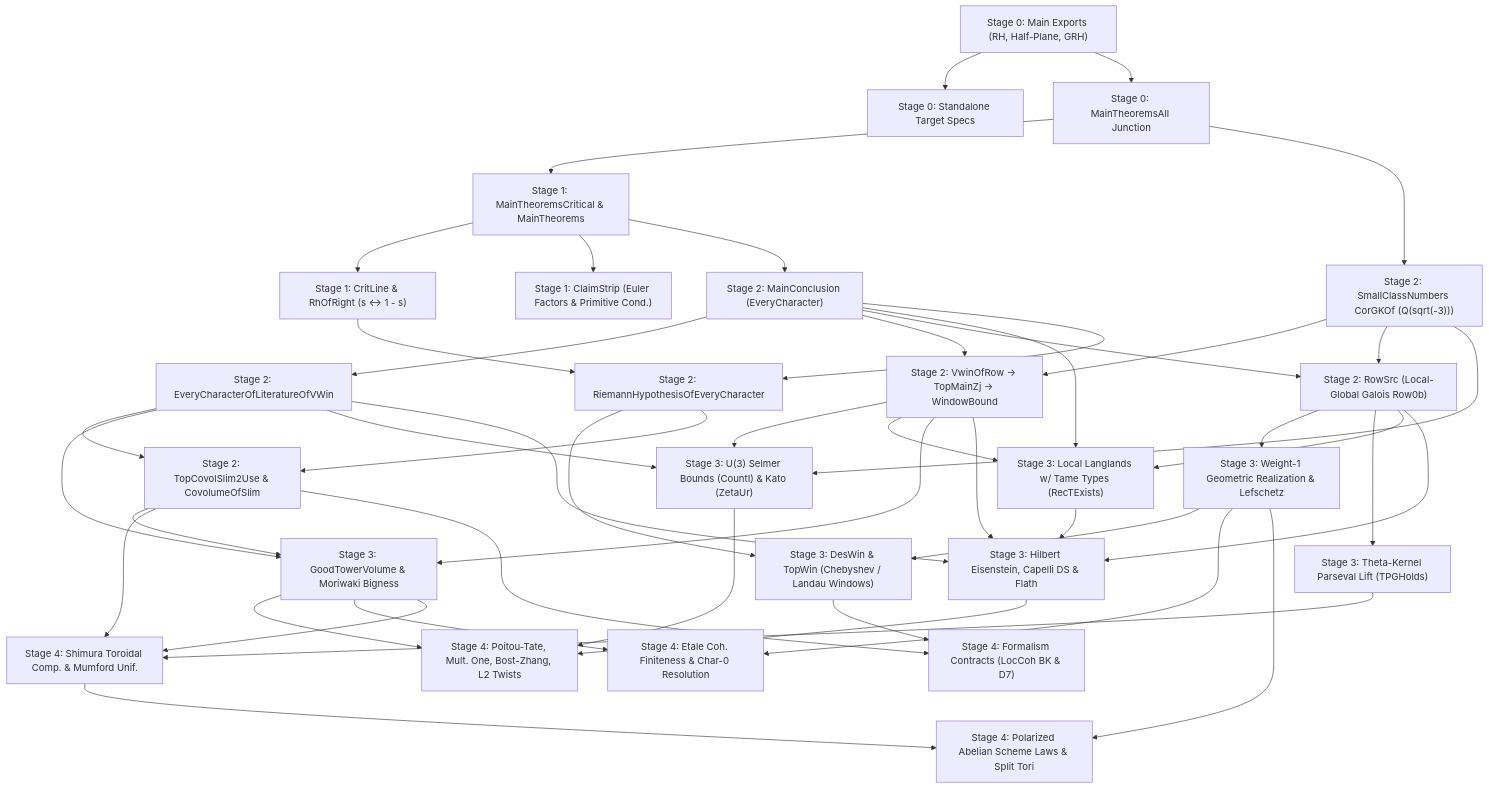
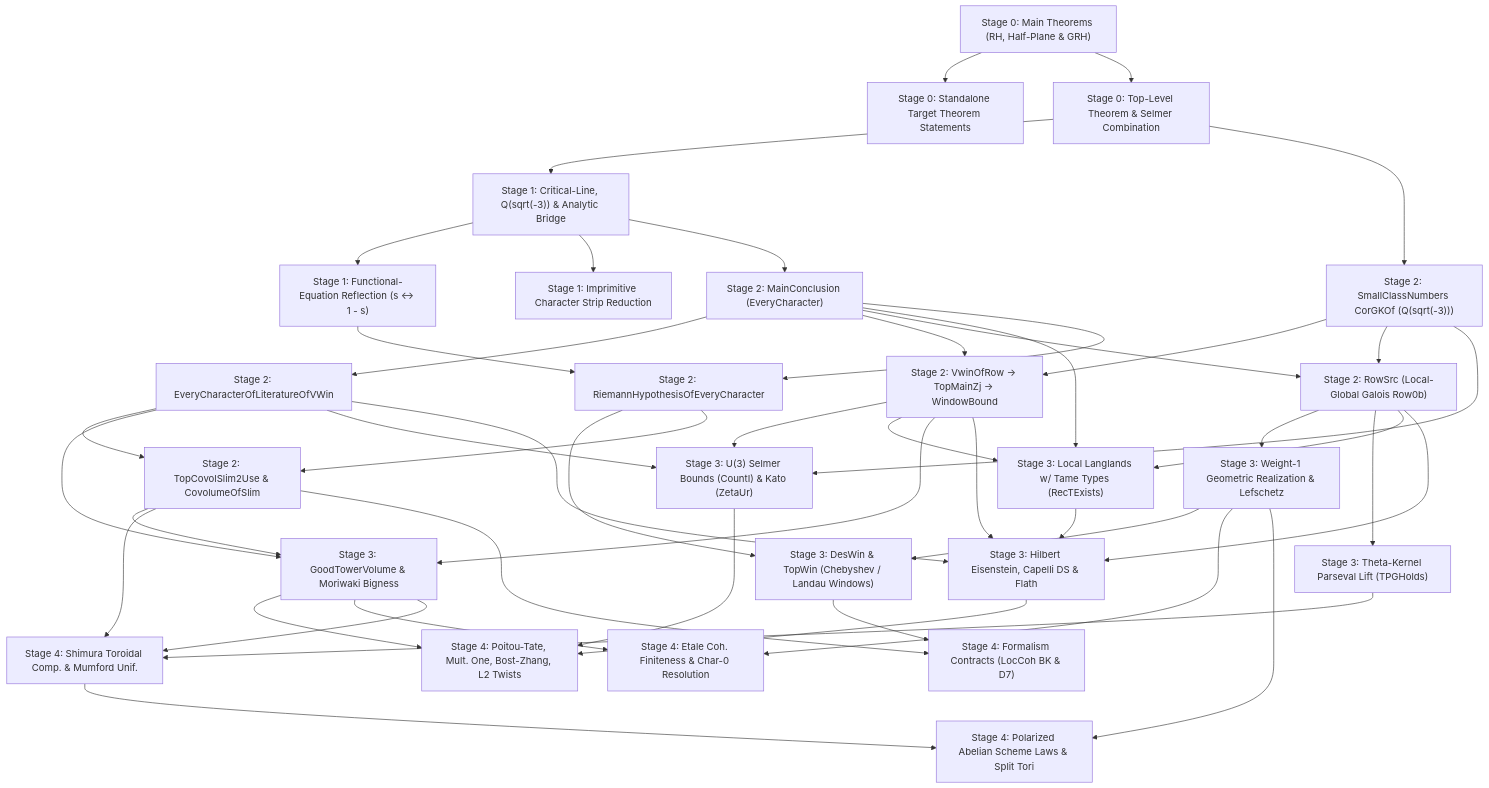
One commit to ZacharyVernec/riemann-proof-explorer changed the diagram in analysis/blueprint/BLUEPRINT.md. Above: the diagram before and after it, drawn with Mermaid. The commit also changed other lines of this file and 3 other files, not shown here.

````diff
--- a/analysis/blueprint/BLUEPRINT.md
+++ b/analysis/blueprint/BLUEPRINT.md
@@ -26,12 +26,12 @@
 ```mermaid
 flowchart TD
-    S0_Main["Stage 0: Main Exports (RH, Half-Plane, GRH)"]
-    S0_Spec["Stage 0: Standalone Target Specs"]
-    S0_All["Stage 0: MainTheoremsAll Junction"]
+    S0_Main["Stage 0: Main Theorems (RH, Half-Plane & GRH)"]
+    S0_Spec["Stage 0: Standalone Target Theorem Statements"]
+    S0_All["Stage 0: Top-Level Theorem & Selmer Combination"]
 
-    S1_Crit["Stage 1: MainTheoremsCritical & MainTheorems"]
-    S1_FE["Stage 1: CritLine & RhOfRight (s <-> 1 - s)"]
-    S1_Strip["Stage 1: ClaimStrip (Euler Factors & Primitive Cond.)"]
+    S1_Crit["Stage 1: Critical-Line, Q(sqrt(-3)) & Analytic Bridge"]
+    S1_FE["Stage 1: Functional-Equation Reflection (s <-> 1 - s)"]
+    S1_Strip["Stage 1: Imprimitive Character Strip Reduction"]
 
     S2_MC["Stage 2: MainConclusion (EveryCharacter)"]
     S2_EC["Stage 2: EveryCharacterOfLiteratureOfVWin"]
````
